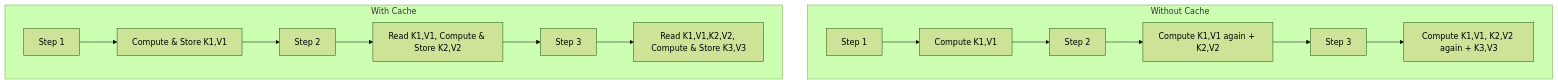
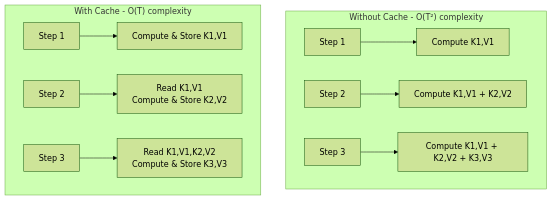
One commit to Shahriarin2garden/vllm_from_scratch changed the second of 37 diagrams in lab0.2/README.md. Above: the diagram before and after it, drawn with Mermaid (forest theme). The commit also changed other lines of this file, not shown here.

Commit message:
Refactor diagrams in README.md for improved clarity and consistency

````diff
--- a/lab0.2/README.md
+++ b/lab0.2/README.md
@@ -116,13 +116,14 @@
 ```mermaid
-graph TD
-    subgraph Without Cache
-        A[Step 1] --> B[Compute K1,V1]
-        B --> C[Step 2] --> D[Compute K1,V1 again + K2,V2]
-        D --> E[Step 3] --> F[Compute K1,V1, K2,V2 again + K3,V3]
+graph TB
+    subgraph WithoutCache["Without Cache - O(T²) complexity"]
+        A1[Step 1] --> B1[Compute K1,V1]
+        A2[Step 2] --> B2[Compute K1,V1 + K2,V2]
+        A3[Step 3] --> B3[Compute K1,V1 + K2,V2 + K3,V3]
     end
-    subgraph With Cache
-        G[Step 1] --> H[Compute & Store K1,V1]
-        H --> I[Step 2] --> J[Read K1,V1, Compute & Store K2,V2]
-        J --> K[Step 3] --> L[Read K1,V1,K2,V2, Compute & Store K3,V3]
+    
+    subgraph WithCache["With Cache - O(T) complexity"]
+        C1[Step 1] --> D1[Compute & Store K1,V1]
+        C2[Step 2] --> D2[Read K1,V1<br/>Compute & Store K2,V2]
+        C3[Step 3] --> D3[Read K1,V1,K2,V2<br/>Compute & Store K3,V3]
     end
 ```
````
